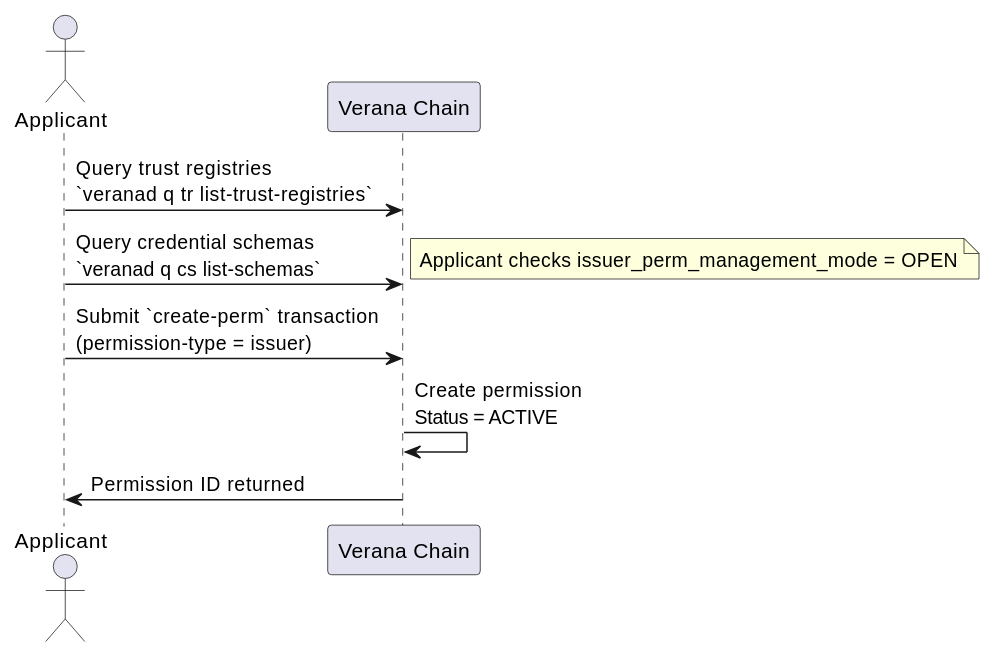
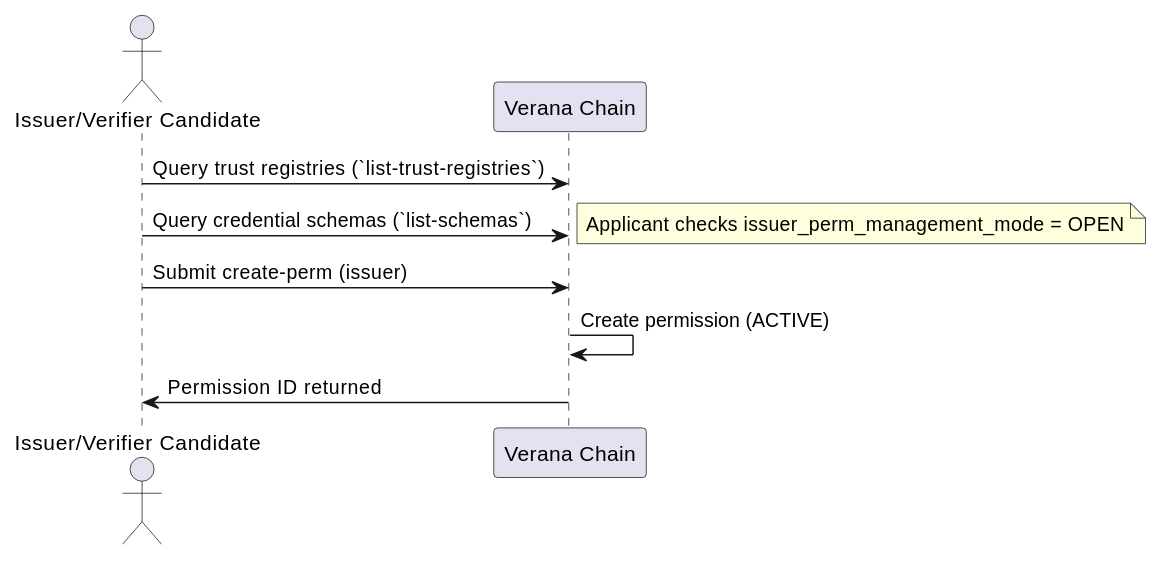
One commit to verana-labs/verana-docs changed the second of 5 diagrams in docs/use/ecosystems/20-onboarding.md. Above: the diagram before and after it, drawn with PlantUML. The commit also changed other lines of this file and 3 other files, not shown here.

````diff
--- a/docs/use/ecosystems/20-onboarding.md
+++ b/docs/use/ecosystems/20-onboarding.md
@@ -176,16 +183,16 @@
 ```plantuml
 @startuml
-actor Applicant
+actor "Issuer/Verifier Candidate" as Applicant
 participant "Verana Chain" as Chain
 
-Applicant -> Chain: Query trust registries\n`veranad q tr list-trust-registries`
-Applicant -> Chain: Query credential schemas\n`veranad q cs list-schemas`
+Applicant -> Chain: Query trust registries (`list-trust-registries`)
+Applicant -> Chain: Query credential schemas (`list-schemas`)
 note right
 Applicant checks issuer_perm_management_mode = OPEN
 end note
 
-Applicant -> Chain: Submit `create-perm` transaction\n(permission-type = issuer)
-Chain -> Chain: Create permission\nStatus = ACTIVE
+Applicant -> Chain: Submit create-perm (issuer)
+Chain -> Chain: Create permission (ACTIVE)
 Applicant <- Chain: Permission ID returned
 @enduml
 ```
````
